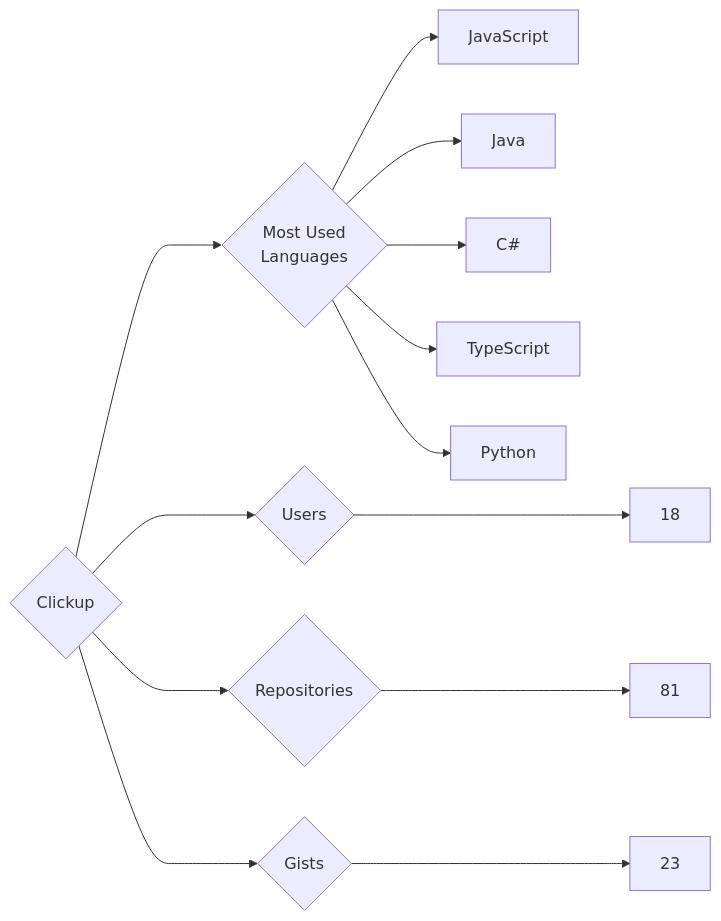
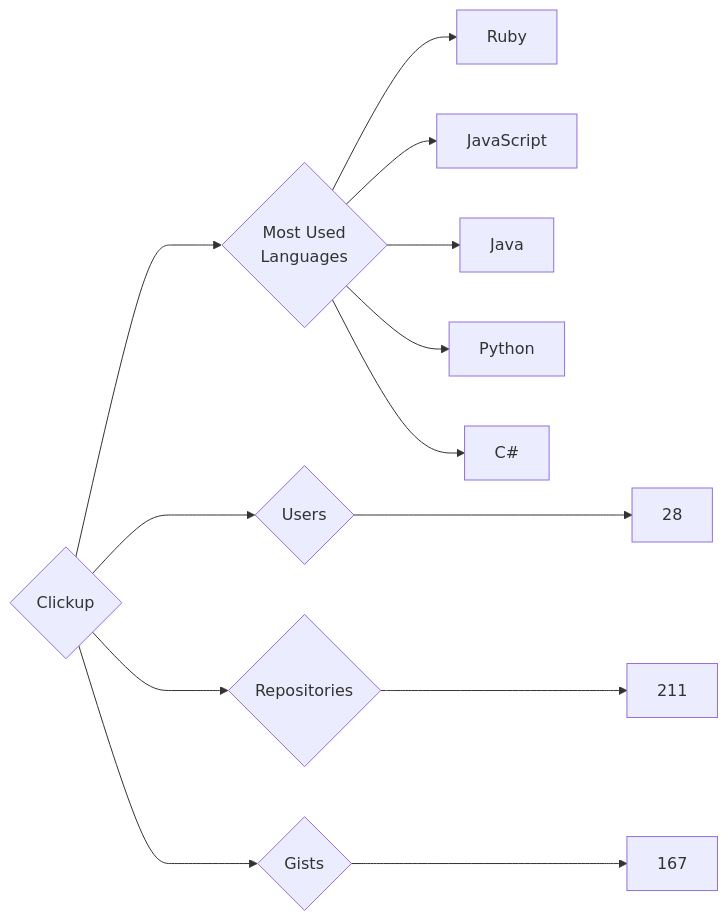
The diagram in targets/Clickup/README.md (trickest/insiders), drawn with Mermaid before and after one commit. The commit also changed 953 other files, not shown here.

````diff
--- a/targets/Clickup/README.md
+++ b/targets/Clickup/README.md
@@ -3,13 +3,13 @@
 ```mermaid
 graph LR
 COMPANY_NAME{Clickup}
-COMPANY_NAME ---> U{Users} ---> UN[18]
-COMPANY_NAME ---> R{Repositories} ---> RN[81]
-COMPANY_NAME ---> G{Gists} ---> GN[23]
+COMPANY_NAME ---> U{Users} ---> UN[28]
+COMPANY_NAME ---> R{Repositories} ---> RN[211]
+COMPANY_NAME ---> G{Gists} ---> GN[167]
 COMPANY_NAME ---> ML{Most Used<br>Languages}
+ML --> Ruby[Ruby]
 ML --> JavaScript[JavaScript]
 ML --> Java[Java]
+ML --> Python[Python]
 ML --> C#[C#]
-ML --> TypeScript[TypeScript]
-ML --> Python[Python]
 ```
````
